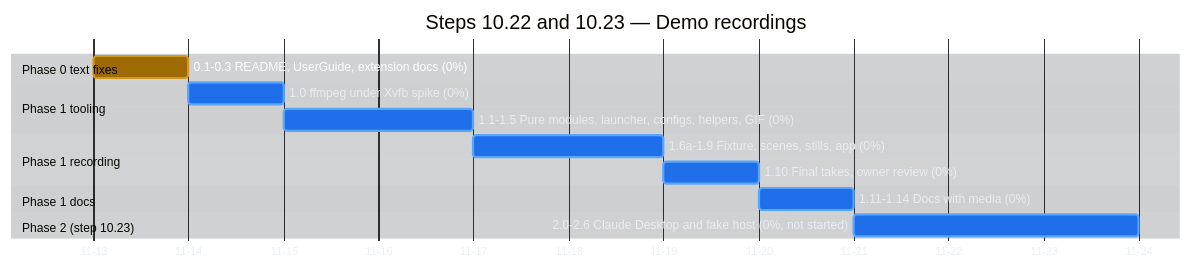
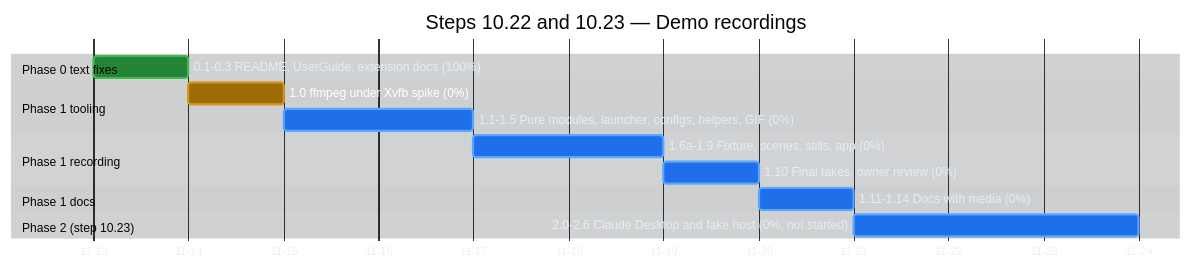
Before and after one commit to raulkivi/agent-cost-analyzer: the second of 4 diagrams in docs/implementation-plan-gantt.md, drawn with Mermaid. The commit also changed other lines of this file and 4 other files, not shown here.

````diff
--- a/docs/implementation-plan-gantt.md
+++ b/docs/implementation-plan-gantt.md
@@ -135,51 +135,51 @@
 ```mermaid
 %%{init: {
   "theme": "base",
   "themeVariables": {
     "darkMode": true,
     "background": "#0d1117",
     "textColor": "#e6edf3",
     "primaryTextColor": "#e6edf3",
     "lineColor": "#8b949e",
     "sectionBkgColor": "#161b22",
     "sectionBkgColor2": "#1c2129",
     "altSectionBkgColor": "#0d1117",
     "gridColor": "#30363d",
     "excludeBkgColor": "#161b22",
     "todayLineColor": "#f85149",
     "taskBkgColor": "#1f6feb",
     "taskBorderColor": "#58a6ff",
     "taskTextColor": "#ffffff",
     "taskTextLightColor": "#ffffff",
     "taskTextDarkColor": "#ffffff",
     "taskTextOutsideColor": "#e6edf3",
     "doneTaskBkgColor": "#238636",
     "doneTaskBorderColor": "#3fb950",
     "activeTaskBkgColor": "#9e6a03",
     "activeTaskBorderColor": "#d29922",
     "critBkgColor": "#da3633",
     "critBorderColor": "#f85149"
   }
 }}%%
 gantt
     title Steps 10.22 and 10.23 — Demo recordings
     dateFormat YYYY-MM-DD
     axisFormat %m-%d
 
     section Phase 0 text fixes
-    0.1-0.3 README, UserGuide, extension docs (0%) :active, d0, 2026-11-13, 1d
+    0.1-0.3 README, UserGuide, extension docs (100%) :done, d0, 2026-11-13, 1d
 
     section Phase 1 tooling
-    1.0 ffmpeg under Xvfb spike (0%)                :d10, after d0, 1d
+    1.0 ffmpeg under Xvfb spike (0%)                :active, d10, after d0, 1d
     1.1-1.5 Pure modules, launcher, configs, helpers, GIF (0%) :d11, after d10, 2d
 
     section Phase 1 recording
     1.6a-1.9 Fixture, scenes, stills, app (0%)      :d16, after d11, 2d
     1.10 Final takes, owner review (0%)            :d110, after d16, 1d
 
     section Phase 1 docs
     1.11-1.14 Docs with media (0%)                 :d111, after d110, 1d
 
     section Phase 2 (step 10.23)
     2.0-2.6 Claude Desktop and fake host (0%, not started) :d20, after d111, 3d
 ```
````
